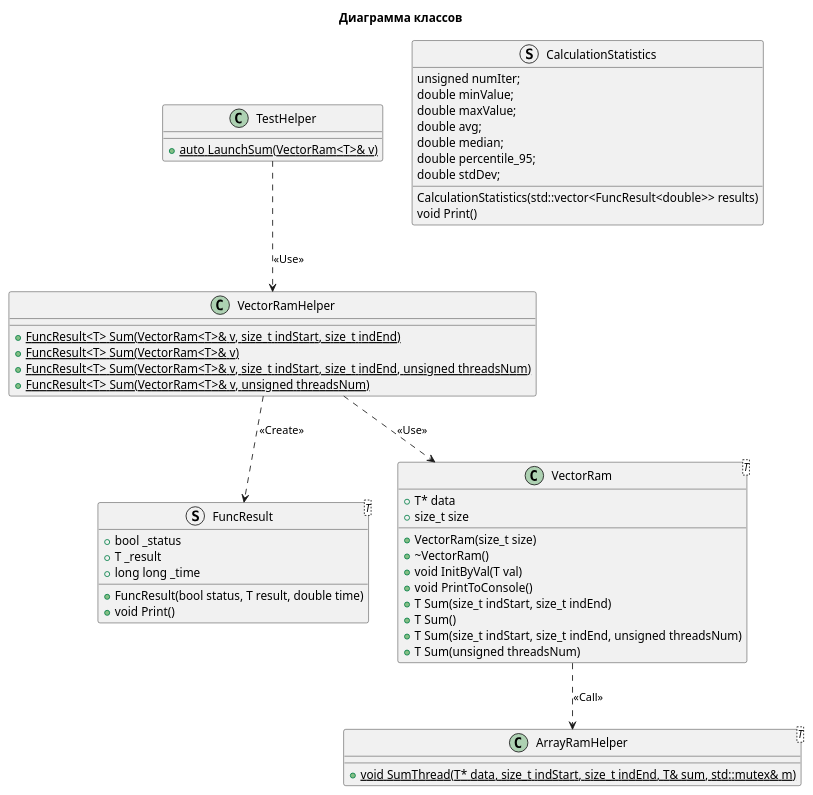
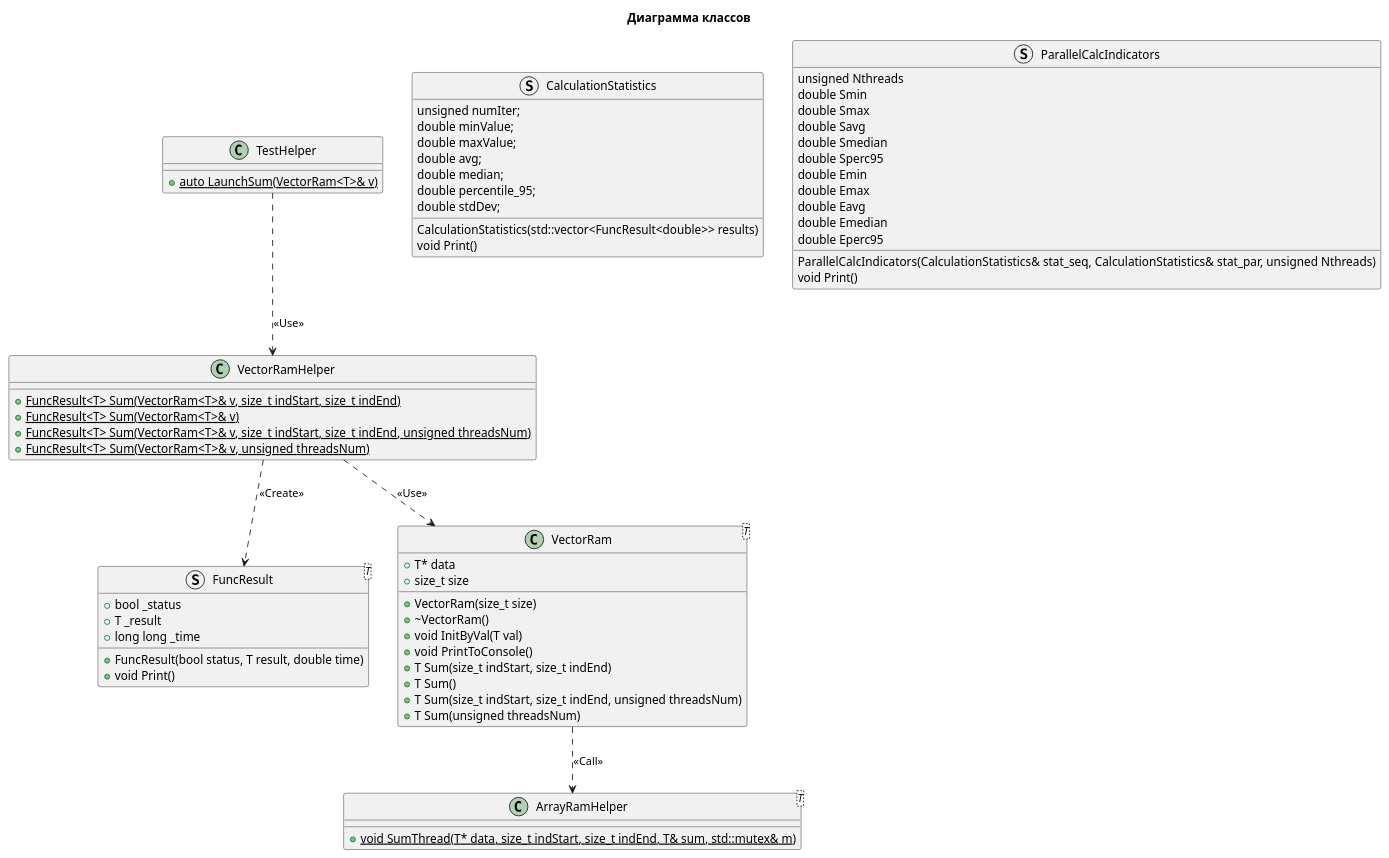
One commit to LitvinovVN/MathModAndPP changed the diagram in Parallel_programming/C++/12_template_class_func_2/class-diagram.puml. Above: the diagram before and after it, drawn with PlantUML. The commit also changed 1 other file, not shown here.

```diff
--- a/Parallel_programming/C++/12_template_class_func_2/class-diagram.puml
+++ b/Parallel_programming/C++/12_template_class_func_2/class-diagram.puml
@@ -1,76 +1,93 @@
 @startuml
 
 title
  Диаграмма классов
 end title
 
 class ArrayRamHelper<T>
 {
     +{static} void SumThread(T* data, size_t indStart, size_t indEnd, T& sum, std::mutex& m)
 }
 
 struct FuncResult<T>
 {
     +bool _status
     +T _result
     +long long _time
 
     +FuncResult(bool status, T result, double time)
     +void Print()
 }
 
 class           VectorRam<T>
 {
     +T* data
     +size_t size
     +VectorRam(size_t size)
     +~VectorRam()
     +void InitByVal(T val)
     +void PrintToConsole()
     +T Sum(size_t indStart, size_t indEnd)
     +T Sum()
     +T Sum(size_t indStart, size_t indEnd, unsigned threadsNum)
     +T Sum(unsigned threadsNum)
 }
 
 class           VectorRamHelper
 {
     +{static}FuncResult<T> Sum(VectorRam<T>& v, size_t indStart, size_t indEnd)
     +{static}FuncResult<T> Sum(VectorRam<T>& v)
     +{static}FuncResult<T> Sum(VectorRam<T>& v, size_t indStart, size_t indEnd, unsigned threadsNum)
     +{static}FuncResult<T> Sum(VectorRam<T>& v, unsigned threadsNum)
 }
 
 class TestHelper
 {
     +{static} auto LaunchSum(VectorRam<T>& v)
 }
 
 struct CalculationStatistics
 {
     ' Количество запусков численного эксперимента
     unsigned numIter;
     ' Минимальное значение
     double minValue;
     ' Максимальное значение
     double maxValue;
     ' Среднее арифметическое
     double avg;
     ' Медиана
     double median;
     ' 95 процентиль
     double percentile_95;
     ' Среднеквадратическое отклонение
     double stdDev;
 
     CalculationStatistics(std::vector<FuncResult<double>> results)
     void Print()
 }
 
+struct ParallelCalcIndicators
+{
+    unsigned Nthreads
+    double Smin
+    double Smax
+    double Savg
+    double Smedian
+    double Sperc95
+    double Emin
+    double Emax
+    double Eavg
+    double Emedian
+    double Eperc95
+
+    ParallelCalcIndicators(CalculationStatistics& stat_seq, CalculationStatistics& stat_par, unsigned Nthreads)
+    void Print()
+}
 
 TestHelper..>VectorRamHelper : <<Use>>
 VectorRamHelper..>FuncResult : <<Create>>
 VectorRamHelper..>VectorRam : <<Use>>
 VectorRam..>ArrayRamHelper : <<Call>>
 
 @enduml
```
